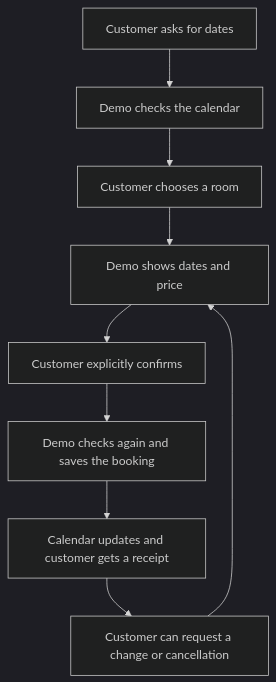
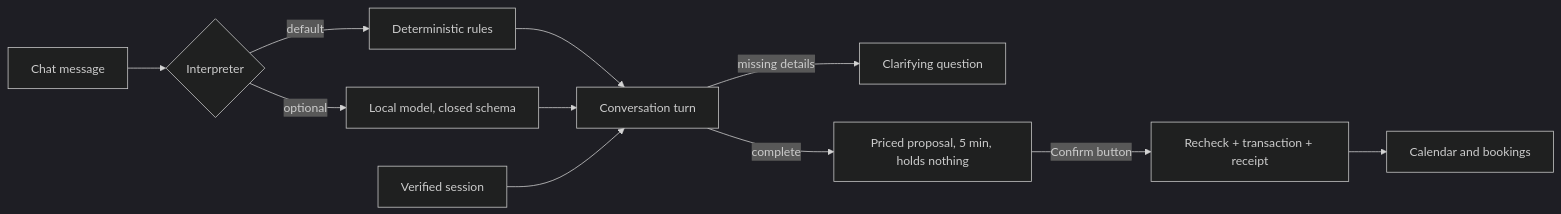
Before and after one commit to SirRedofTheJohns/ContactCenterAI: the diagram in README.md, drawn with Mermaid (dark theme). The commit also changed other lines of this file and 22 other files, not shown here.

````diff
--- a/README.md
+++ b/README.md
@@ -13,11 +54,13 @@
 ```mermaid
-flowchart TD
-    A[Customer asks for dates] --> B[Demo checks the calendar]
-    B --> C[Customer chooses a room]
-    C --> D[Demo shows dates and price]
-    D --> E[Customer explicitly confirms]
-    E --> F[Demo checks again and saves the booking]
-    F --> G[Calendar updates and customer gets a receipt]
-    G --> H[Customer can request a change or cancellation]
-    H --> D
+flowchart LR
+    U[Chat message] --> I{Interpreter}
+    I -->|default| R[Deterministic rules]
+    I -->|optional| M[Local model, closed schema]
+    R --> C[Conversation turn]
+    M --> C
+    S[Verified session] --> C
+    C -->|missing details| Q[Clarifying question]
+    C -->|complete| O[Priced proposal, 5 min, holds nothing]
+    O -->|Confirm button| X[Recheck + transaction + receipt]
+    X --> V[Calendar and bookings]
 ```
````
